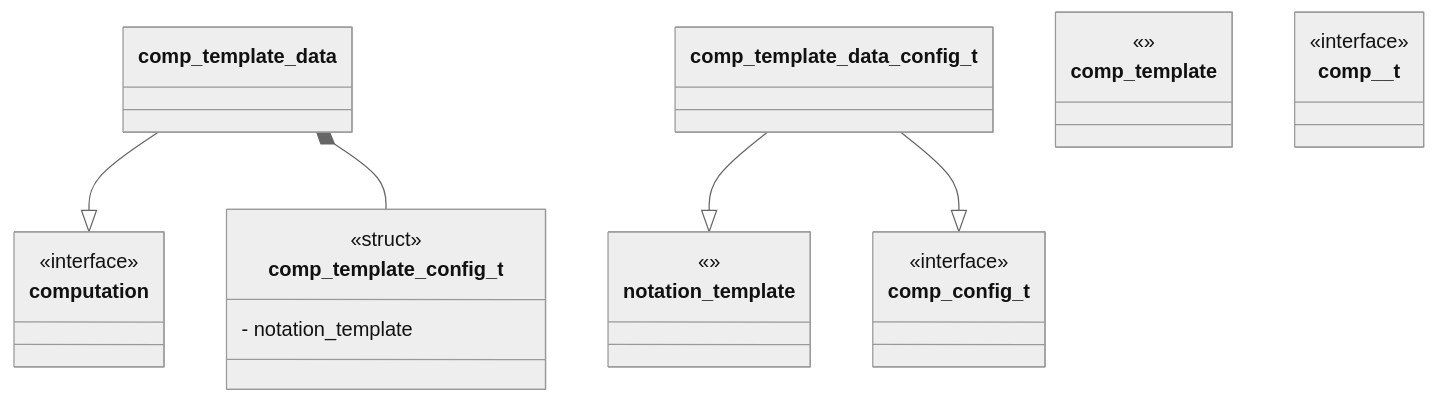
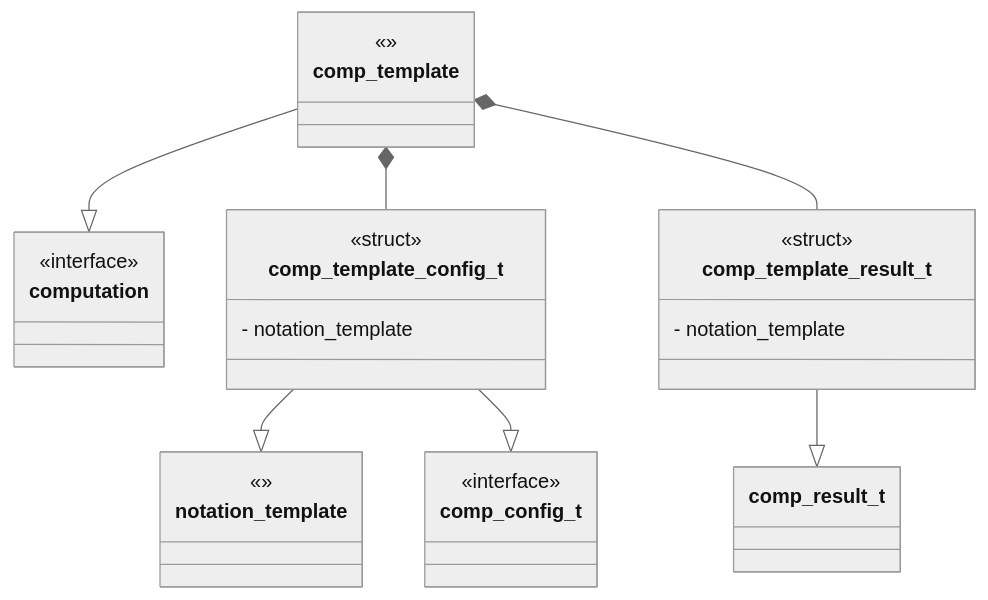
Before and after one commit to Uiowa-Applied-Topology/tanglenomicon_core_libraries: the diagram in misc/template_modules/comp-template/unit-description.md, drawn with Mermaid (neutral theme). The commit also changed other lines of this file and 7 other files, not shown here.

Commit message:
Improve: Refactors computation interface to have functional result reporting

````diff
--- a/misc/template_modules/comp-template/unit-description.md
+++ b/misc/template_modules/comp-template/unit-description.md
@@ -15,37 +15,39 @@
 ```mermaid
 classDiagram
-    comp_template_data --|> computation
-    comp_template_data_config_t --|> notation_template
-    comp_template_data_config_t --|> comp_config_t
-    comp_template_data *-- comp_template_config_t
+    comp_template --|> computation
+    comp_template_config_t --|> notation_template
+    comp_template_config_t --|> comp_config_t
+    comp_template_result_t --|> comp_result_t
+    comp_template *-- comp_template_config_t
+    comp_template *-- comp_template_result_t
 
     class computation {
         <<interface>>
     }
 
     class comp_template {
-<<>>
-}
+    <<>>
+    }
 
-class notation_template{
-<<>>
-}
+    class notation_template{
+    <<>>
+    }
 
-class comp_template_config_t {
-<<struct>>
-- notation_template
+    class comp_template_config_t {
+    <<struct>>
+    - notation_template
 
-}
+    }
+    class comp_template_result_t {
+    <<struct>>
+    - notation_template
 
-class comp_config_t {
-<<interface>>
+    }
 
-}
+    class comp_config_t {
+    <<interface>>
 
-class comp__t {
-<<interface>>
-
-}
+    }
 
 
 ```
````
